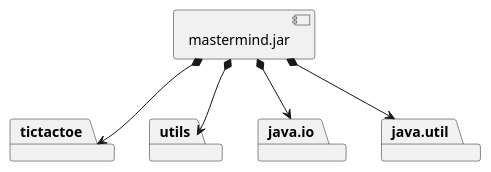
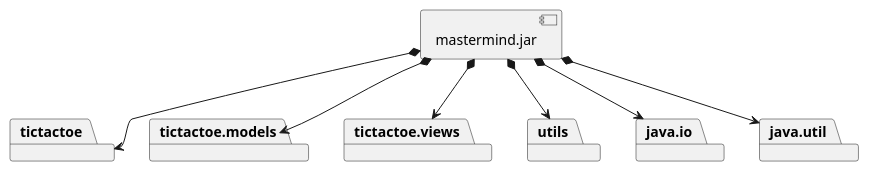
The fourth of 5 diagrams in docs/src/docs/asciidoc/index.adoc (x-USantaTecla-game-ticTacToe/java), drawn with PlantUML before and after one commit. The commit also changed other lines of this file and 20 other files, not shown here.

```diff
--- a/docs/src/docs/asciidoc/index.adoc
+++ b/docs/src/docs/asciidoc/index.adoc
@@ -253,19 +369,25 @@
 [plantuml,diagramaImplementacion,svg]
 ....
 
 package "  "  as tictactoe {
+}
+package "  "  as tictactoe.models {
+}
+package "  "  as tictactoe.views {
 }
 package "  "  as utils {
 }
 package "  "  as java.io {
 }
 package "  "  as java.util {
 }
 
 [mastermind.jar] as jar
 
 jar *--> tictactoe
+jar *--> tictactoe.models
+jar *--> tictactoe.views
 jar *--> utils
 jar *--> java.io
 jar *--> java.util
 ....
```
